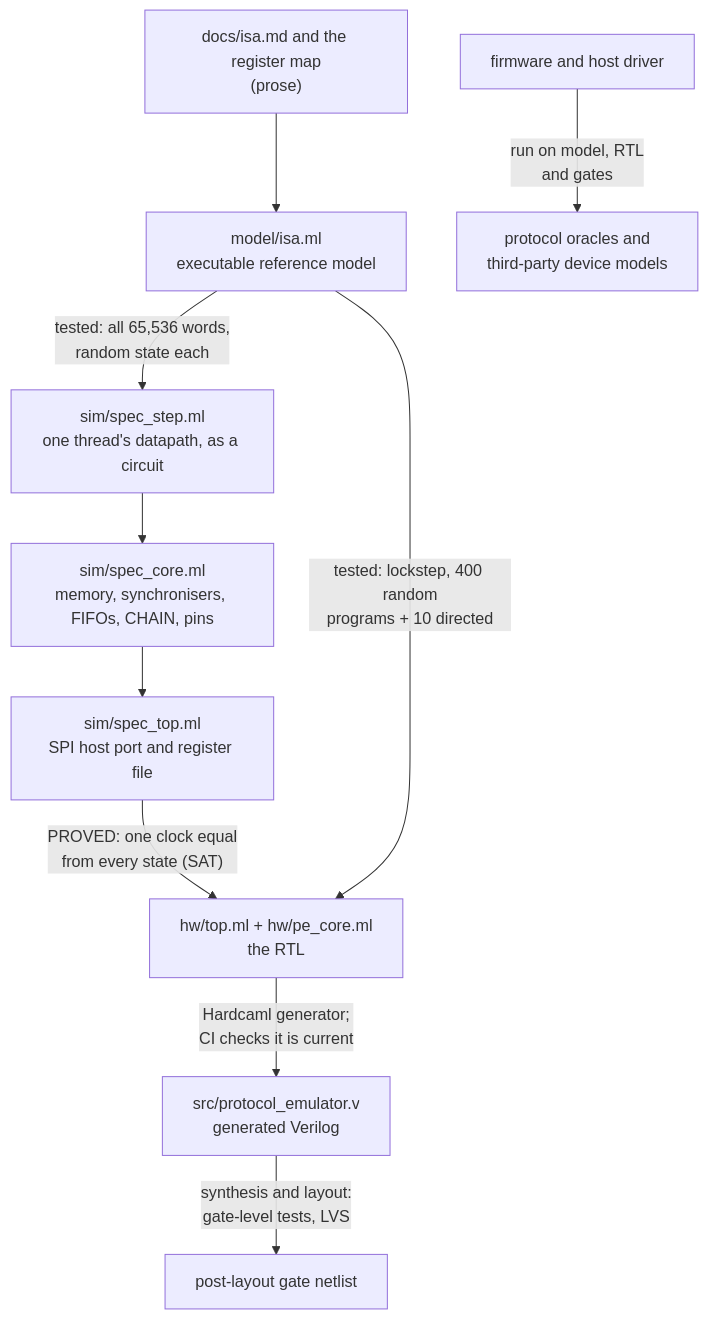
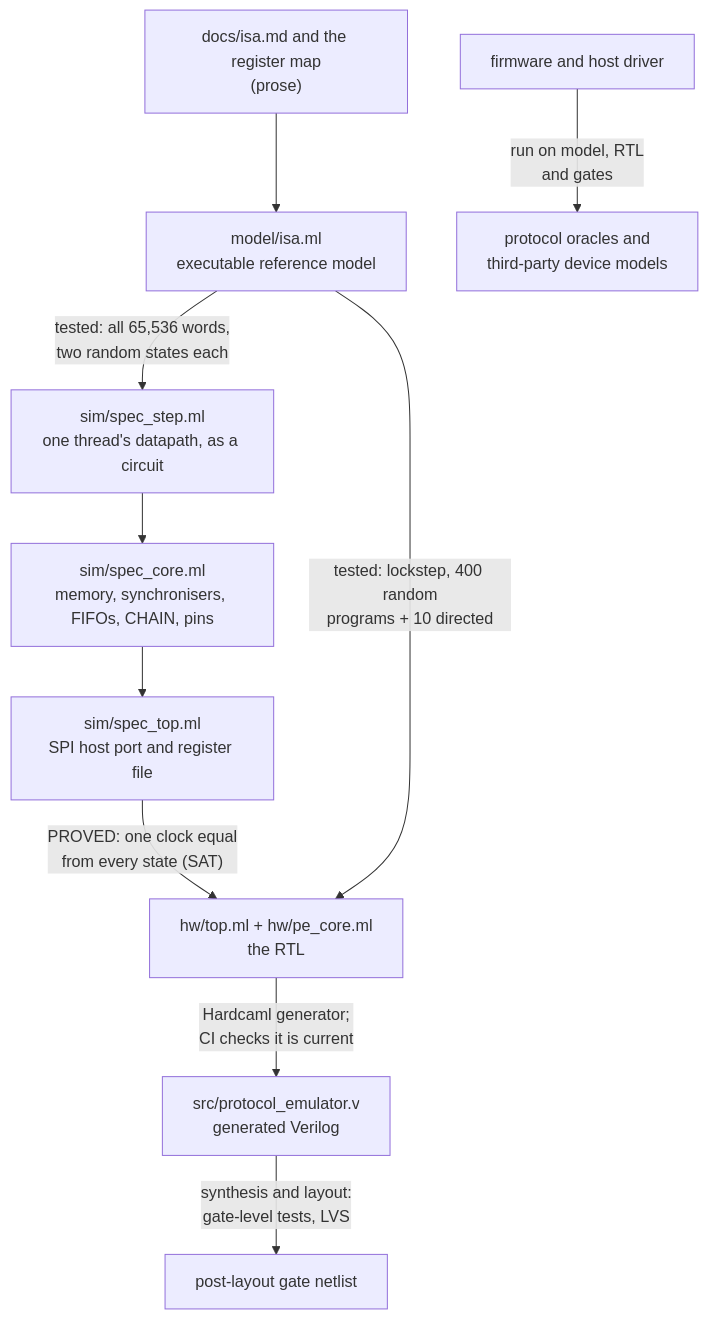
One commit to tavelarocque/protocol-emulator changed the diagram in docs/design-and-verification.md. Above: the diagram before and after it, drawn with Mermaid. The commit also changed other lines of this file and 1 other file, not shown here.

````diff
--- a/docs/design-and-verification.md
+++ b/docs/design-and-verification.md
@@ -75,22 +79,22 @@
 ```mermaid
 flowchart TB
     doc["docs/isa.md and the register map<br/>(prose)"]
     model["model/isa.ml<br/>executable reference model"]
     sstep["sim/spec_step.ml<br/>one thread's datapath, as a circuit"]
     score["sim/spec_core.ml<br/>memory, synchronisers, FIFOs, CHAIN, pins"]
     stop["sim/spec_top.ml<br/>SPI host port and register file"]
     rtl["hw/top.ml + hw/pe_core.ml<br/>the RTL"]
     v["src/protocol_emulator.v<br/>generated Verilog"]
     gl["post-layout gate netlist"]
     fw["firmware and host driver"]
     oracles["protocol oracles and<br/>third-party device models"]
 
     doc --> model
-    model -- "tested: all 65,536 words,<br/>random state each" --> sstep
+    model -- "tested: all 65,536 words,<br/>two random states each" --> sstep
     sstep --> score --> stop
     stop -- "PROVED: one clock equal<br/>from every state (SAT)" --> rtl
     model -- "tested: lockstep, 400 random<br/>programs + 10 directed" --> rtl
     rtl -- "Hardcaml generator;<br/>CI checks it is current" --> v
     v -- "synthesis and layout:<br/>gate-level tests, LVS" --> gl
     fw -- "run on model, RTL<br/>and gates" --> oracles
 ```
````
